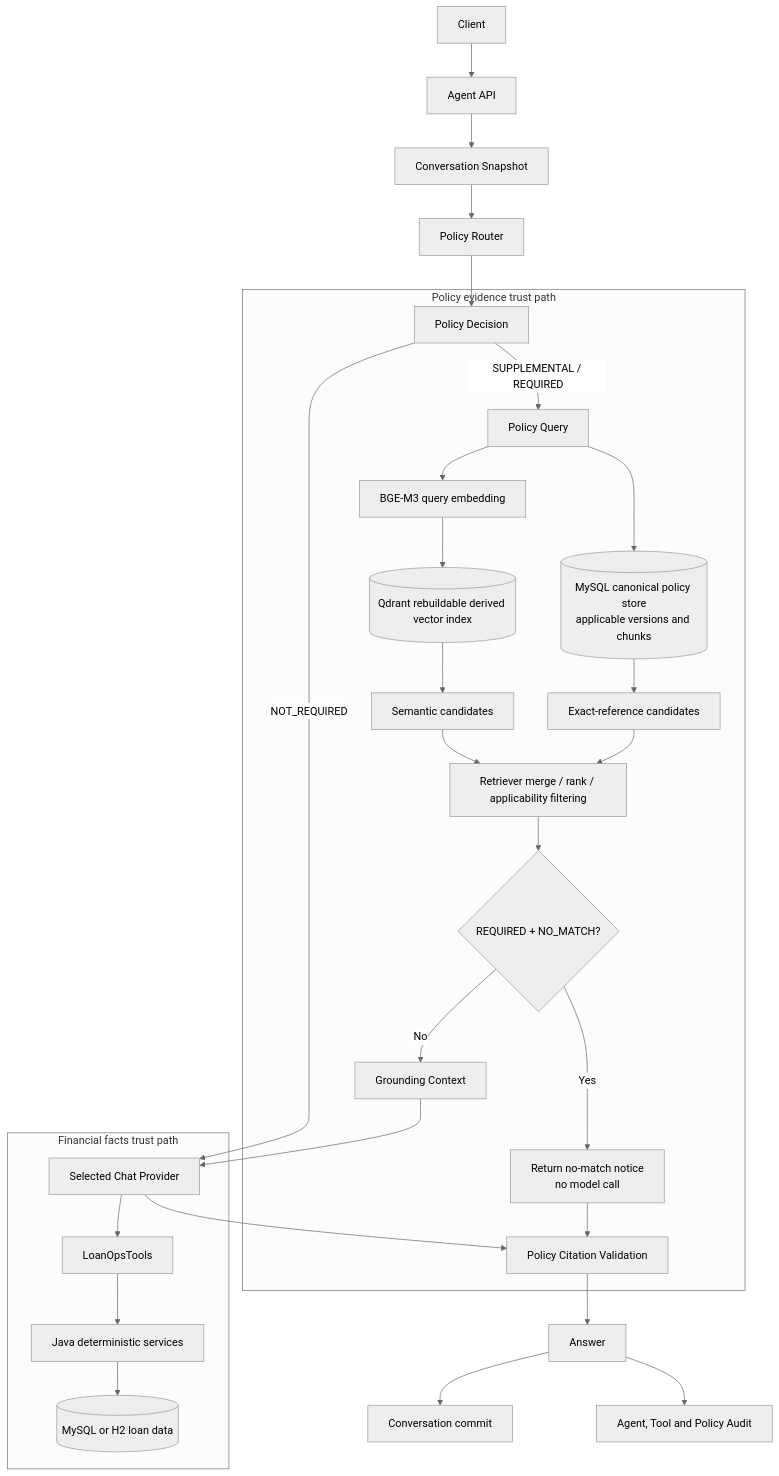
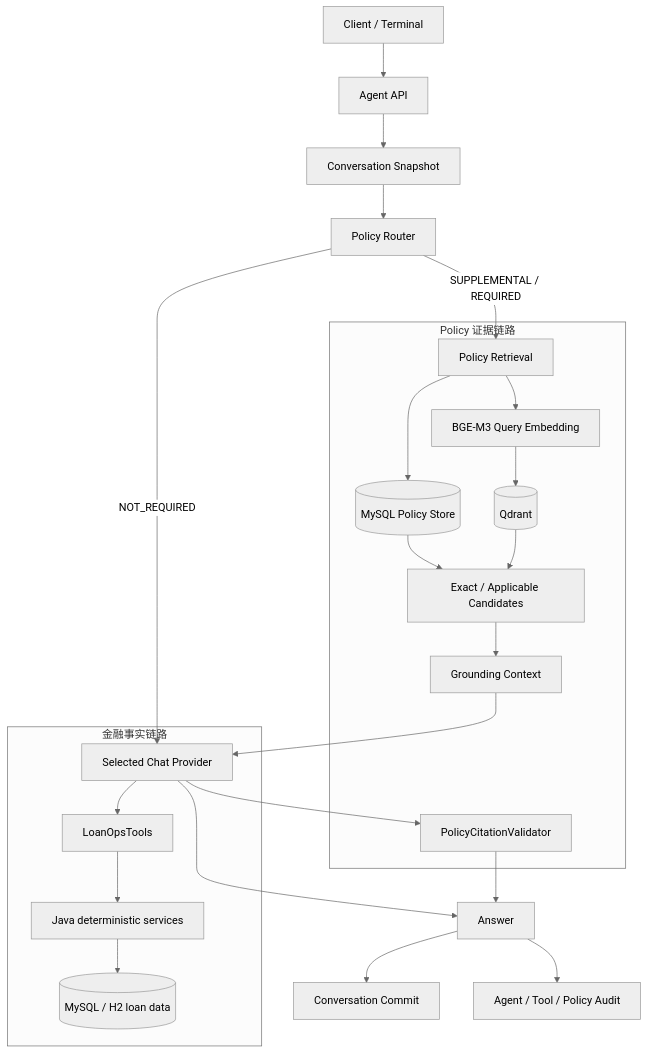
The diagram in docs/ARCHITECTURE.md (liandongjie/loanops-agent), drawn with Mermaid (neutral theme) before and after one commit. The commit also changed other lines of this file and 15 other files, not shown here.

````diff
--- a/docs/ARCHITECTURE.md
+++ b/docs/ARCHITECTURE.md
@@ -17,35 +22,31 @@
-~~~mermaid
+```mermaid
 flowchart TD
-    Client --> API[Agent API]
+    Client[Client / Terminal] --> API[Agent API]
     API --> Snapshot[Conversation Snapshot]
     Snapshot --> Router[Policy Router]
-    Router --> Decision[Policy Decision]
 
-    subgraph FinancialFacts[Financial facts trust path]
-        Model[Selected Chat Provider] --> Tools[LoanOpsTools]
+    Router -->|NOT_REQUIRED| Model[Selected Chat Provider]
+    Router -->|SUPPLEMENTAL / REQUIRED| Policy[Policy Retrieval]
+
+    subgraph FinancialFacts[金融事实链路]
+        Model --> Tools[LoanOpsTools]
         Tools --> Service[Java deterministic services]
-        Service --> LoanData[(MySQL or H2 loan data)]
+        Service --> LoanDB[(MySQL / H2 loan data)]
     end
 
-    subgraph PolicyEvidence[Policy evidence trust path]
-        Decision -->|SUPPLEMENTAL / REQUIRED| Query[Policy Query]
-        Query --> Canonical[(MySQL canonical policy store<br/>applicable versions and chunks)]
-        Canonical --> Exact[Exact-reference candidates]
-        Query --> Embedding[BGE-M3 query embedding]
-        Embedding --> Qdrant[(Qdrant rebuildable derived vector index)]
-        Qdrant --> Semantic[Semantic candidates]
-        Exact --> Merge
-        Semantic --> Merge
-        Merge[Retriever merge / rank / applicability filtering] --> RequiredNoMatch{REQUIRED + NO_MATCH?}
-        RequiredNoMatch -->|Yes| Abstain[Return no-match notice<br/>no model call]
-        RequiredNoMatch -->|No| Context[Grounding Context]
+    subgraph PolicyEvidence[Policy 证据链路]
+        Policy --> PolicyDB[(MySQL Policy Store)]
+        Policy --> Embed[BGE-M3 Query Embedding]
+        Embed --> Qdrant[(Qdrant)]
+        PolicyDB --> Retrieve[Exact / Applicable Candidates]
+        Qdrant --> Retrieve
+        Retrieve --> Context[Grounding Context]
         Context --> Model
-        Abstain --> Citation
-        Model --> Citation[Policy Citation Validation]
+        Model --> Citation[PolicyCitationValidator]
     end
 
-    Decision -->|NOT_REQUIRED| Model
-    Citation --> Answer[Answer]
-    Answer --> Commit[Conversation commit]
-    Answer --> Audit[Agent, Tool and Policy Audit]
-~~~
+    Model --> Answer[Answer]
+    Citation --> Answer
+    Answer --> Commit[Conversation Commit]
+    Answer --> Audit[Agent / Tool / Policy Audit]
+```
````
